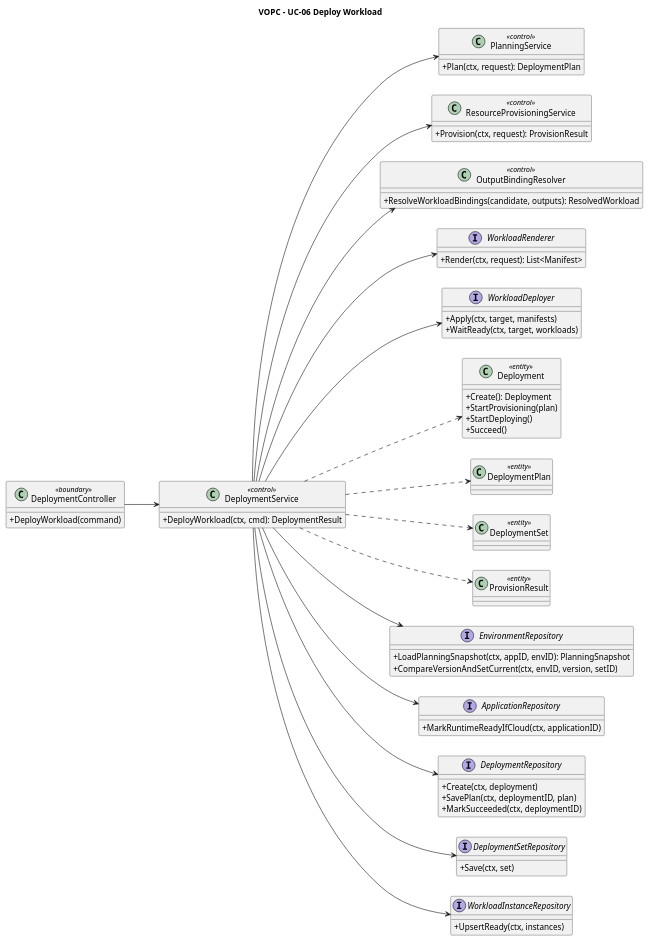
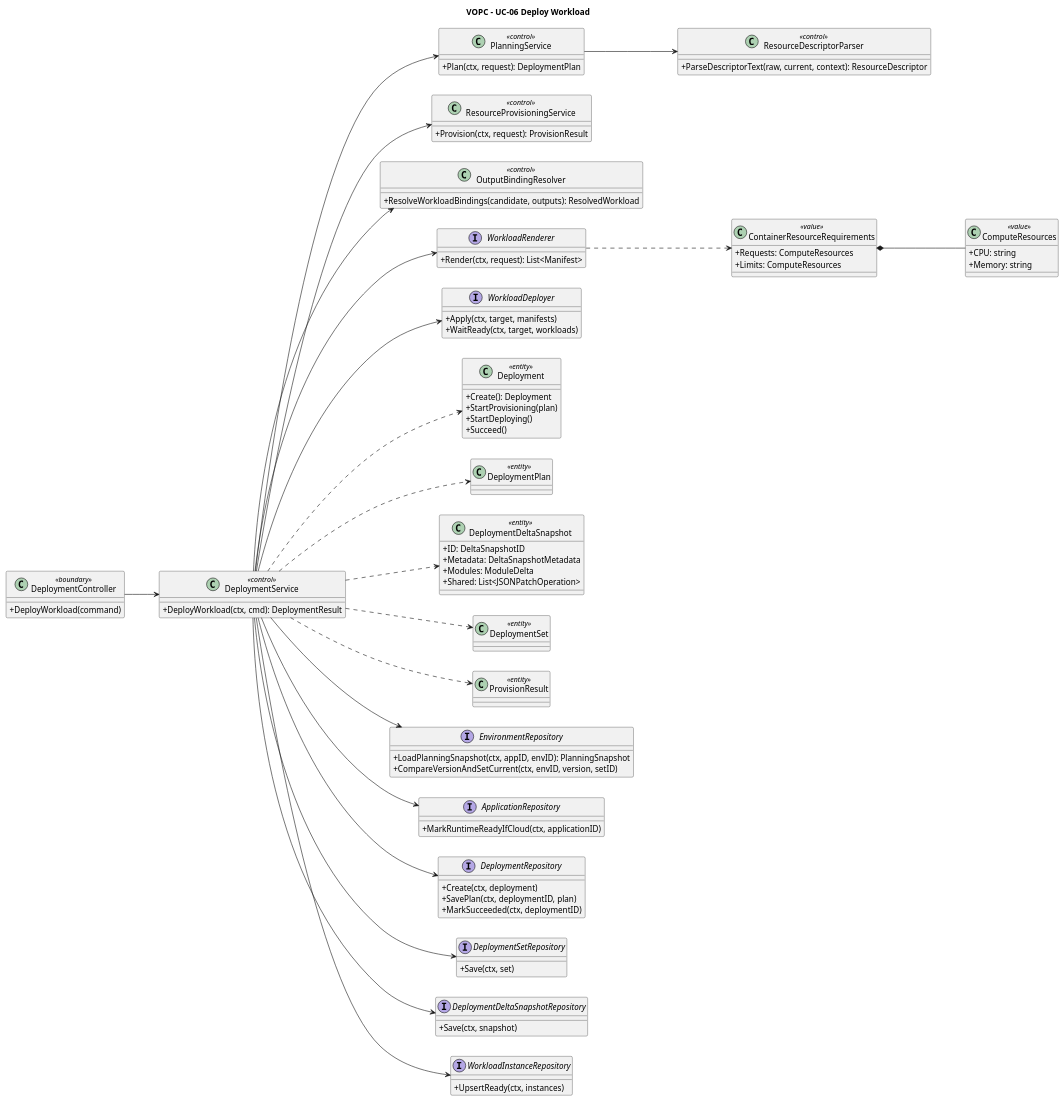
One commit to pr3s3nt/poc changed the diagram in orchestrator_docs/usecase/UC-06/vopc.puml. Above: the diagram before and after it, drawn with PlantUML. The commit also changed 63 other files, not shown here.

```diff
--- a/orchestrator_docs/usecase/UC-06/vopc.puml
+++ b/orchestrator_docs/usecase/UC-06/vopc.puml
@@ -1,69 +1,94 @@
 @startuml
 title VOPC - UC-06 Deploy Workload
 left to right direction
 skinparam classAttributeIconSize 0
 class DeploymentController <<boundary>> {
   +DeployWorkload(command)
 }
 class DeploymentService <<control>> {
   +DeployWorkload(ctx, cmd): DeploymentResult
 }
 class PlanningService <<control>> {
   +Plan(ctx, request): DeploymentPlan
+}
+class ResourceDescriptorParser <<control>> {
+  +ParseDescriptorText(raw, current, context): ResourceDescriptor
 }
 class ResourceProvisioningService <<control>> {
   +Provision(ctx, request): ProvisionResult
 }
 class OutputBindingResolver <<control>> {
   +ResolveWorkloadBindings(candidate, outputs): ResolvedWorkload
 }
 interface WorkloadRenderer {
   +Render(ctx, request): List<Manifest>
 }
 interface WorkloadDeployer {
   +Apply(ctx, target, manifests)
   +WaitReady(ctx, target, workloads)
 }
 class Deployment <<entity>> {
   +Create(): Deployment
   +StartProvisioning(plan)
   +StartDeploying()
   +Succeed()
 }
 class DeploymentPlan <<entity>>
+class DeploymentDeltaSnapshot <<entity>> {
+  +ID: DeltaSnapshotID
+  +Metadata: DeltaSnapshotMetadata
+  +Modules: ModuleDelta
+  +Shared: List<JSONPatchOperation>
+}
 class DeploymentSet <<entity>>
+class ContainerResourceRequirements <<value>> {
+  +Requests: ComputeResources
+  +Limits: ComputeResources
+}
+class ComputeResources <<value>> {
+  +CPU: string
+  +Memory: string
+}
 class ProvisionResult <<entity>>
 interface EnvironmentRepository {
   +LoadPlanningSnapshot(ctx, appID, envID): PlanningSnapshot
   +CompareVersionAndSetCurrent(ctx, envID, version, setID)
 }
 interface ApplicationRepository {
   +MarkRuntimeReadyIfCloud(ctx, applicationID)
 }
 interface DeploymentRepository {
   +Create(ctx, deployment)
   +SavePlan(ctx, deploymentID, plan)
   +MarkSucceeded(ctx, deploymentID)
 }
 interface DeploymentSetRepository {
   +Save(ctx, set)
 }
+interface DeploymentDeltaSnapshotRepository {
+  +Save(ctx, snapshot)
+}
 interface WorkloadInstanceRepository {
   +UpsertReady(ctx, instances)
 }
 DeploymentController --> DeploymentService
 DeploymentService --> PlanningService
+PlanningService --> ResourceDescriptorParser
 DeploymentService --> ResourceProvisioningService
 DeploymentService --> OutputBindingResolver
 DeploymentService --> WorkloadRenderer
 DeploymentService --> WorkloadDeployer
 DeploymentService --> EnvironmentRepository
 DeploymentService --> ApplicationRepository
 DeploymentService --> DeploymentRepository
 DeploymentService --> DeploymentSetRepository
+DeploymentService --> DeploymentDeltaSnapshotRepository
 DeploymentService --> WorkloadInstanceRepository
 DeploymentService ..> Deployment
 DeploymentService ..> DeploymentPlan
+DeploymentService ..> DeploymentDeltaSnapshot
 DeploymentService ..> DeploymentSet
 DeploymentService ..> ProvisionResult
+WorkloadRenderer ..> ContainerResourceRequirements
+ContainerResourceRequirements *-- ComputeResources
 @enduml
```
